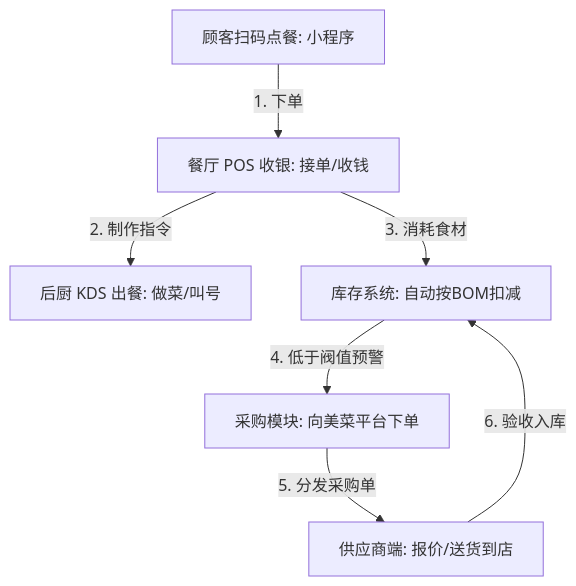
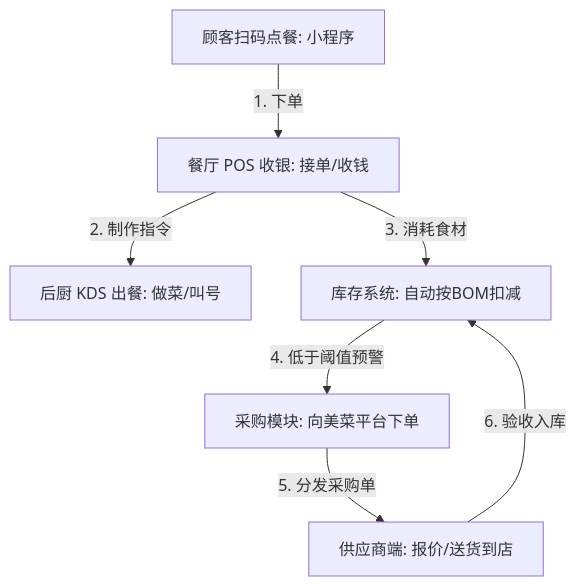
One commit to kingtiger202505/meicai-b2b2c-demo changed the first of 2 diagrams in docs/功能讲解.md. Above: the diagram before and after it, drawn with Mermaid. The commit also changed other lines of this file, not shown here.

````diff
--- a/docs/功能讲解.md
+++ b/docs/功能讲解.md
@@ -11,9 +11,9 @@
 ```mermaid
 graph TD
     A[顾客扫码点餐: 小程序] -->|1. 下单| B[餐厅 POS 收银: 接单/收钱]
     B -->|2. 制作指令| C[后厨 KDS 出餐: 做菜/叫号]
     B -->|3. 消耗食材| D[库存系统: 自动按BOM扣减]
-    D -->|4. 低于阀值预警| E[采购模块: 向美菜平台下单]
+    D -->|4. 低于阈值预警| E[采购模块: 向美菜平台下单]
     E -->|5. 分发采购单| F[供应商端: 报价/送货到店]
     F -->|6. 验收入库| D
 ```
````
